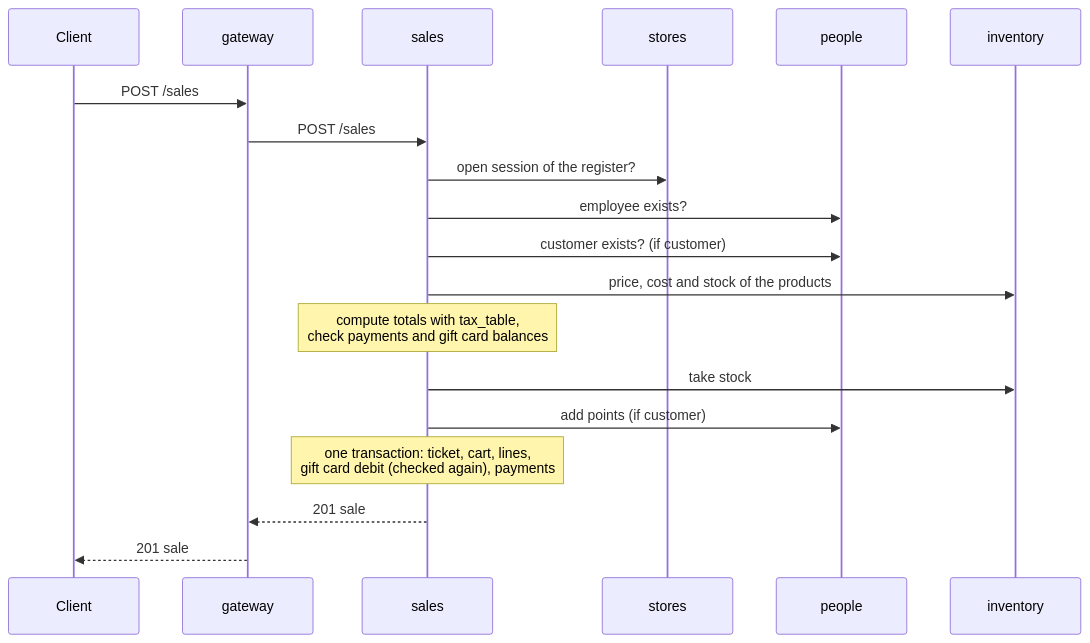
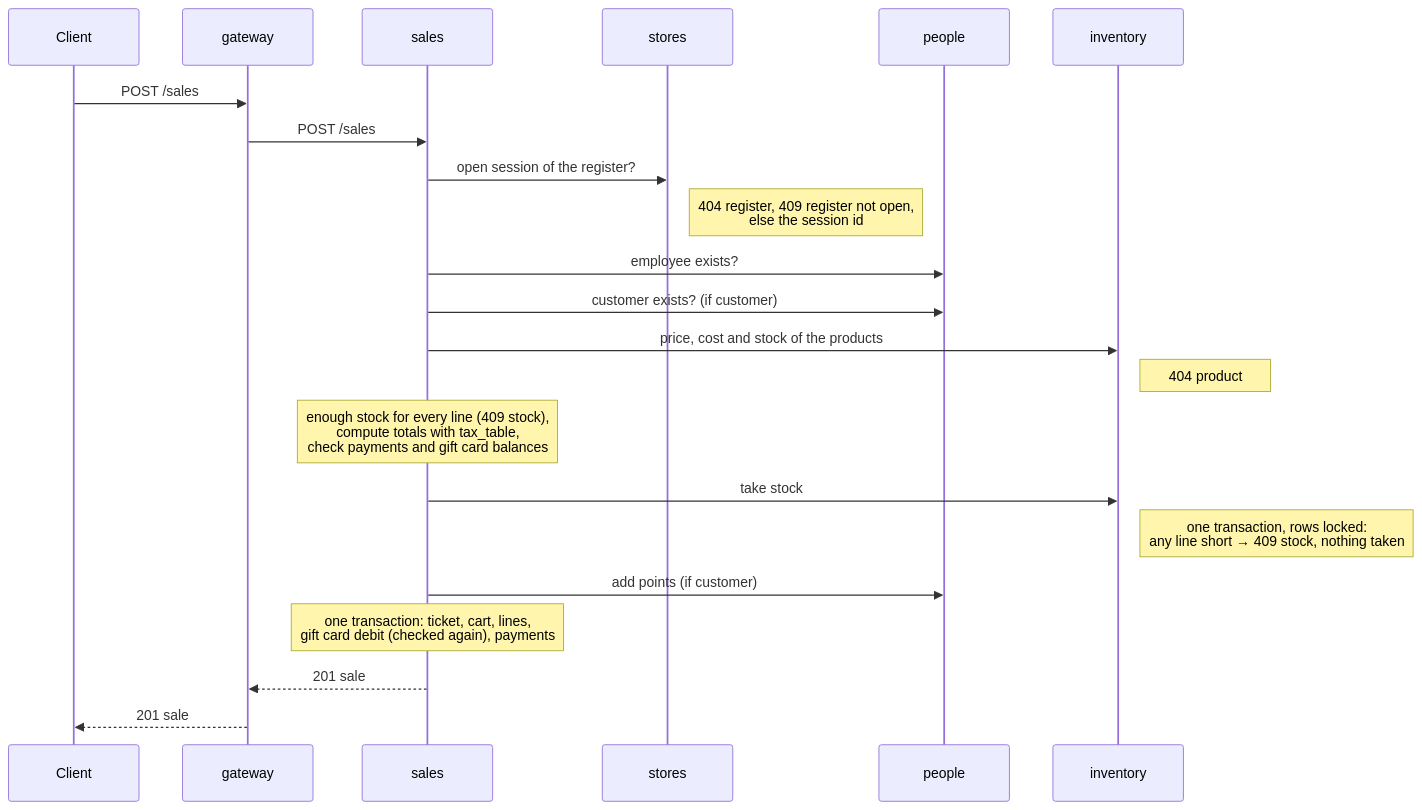
Before and after one commit to karliskalnakarklis/Group-F: the second of 11 diagrams in docs/design.md, drawn with Mermaid. The commit also changed other lines of this file, not shown here.

````diff
--- a/docs/design.md
+++ b/docs/design.md
@@ -71,21 +169,24 @@
 ```mermaid
 sequenceDiagram
     participant C as Client
     participant G as gateway
     participant S as sales
     participant ST as stores
     participant P as people
     participant I as inventory
     C->>G: POST /sales
     G->>S: POST /sales
     S->>ST: open session of the register?
+    Note right of ST: 404 register, 409 register not open,<br/>else the session id
     S->>P: employee exists?
     S->>P: customer exists? (if customer)
     S->>I: price, cost and stock of the products
-    Note over S: compute totals with tax_table,<br/>check payments and gift card balances
+    Note right of I: 404 product
+    Note over S: enough stock for every line (409 stock),<br/>compute totals with tax_table,<br/>check payments and gift card balances
     S->>I: take stock
+    Note right of I: one transaction, rows locked:<br/>any line short → 409 stock, nothing taken
     S->>P: add points (if customer)
     Note over S: one transaction: ticket, cart, lines,<br/>gift card debit (checked again), payments
     S-->>G: 201 sale
     G-->>C: 201 sale
 ```
````
